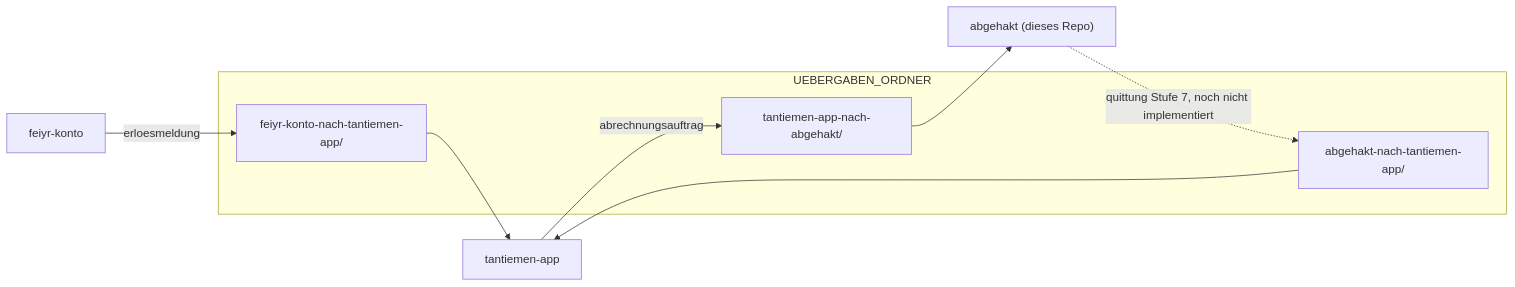
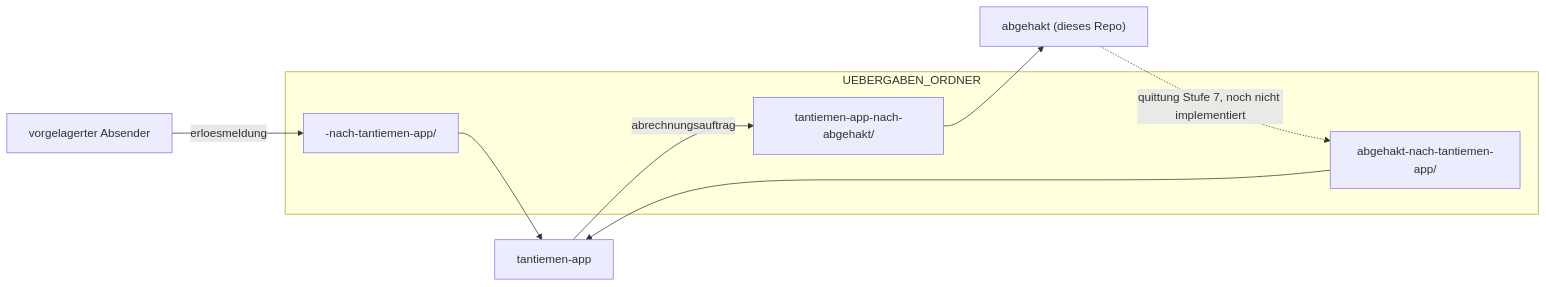
One commit to abgehakt-zugferd/abgehakt-e-rechnung changed the diagram in docs/DEV-DOCU.md. Above: the diagram before and after it, drawn with Mermaid. The commit also changed other lines of this file, not shown here.

````diff
--- a/docs/DEV-DOCU.md
+++ b/docs/DEV-DOCU.md
@@ -812,14 +826,14 @@
 ```mermaid
 flowchart LR
   subgraph ordner["UEBERGABEN_ORDNER"]
-    E["feiyr-konto-nach-tantiemen-app/"]
+    E["<absender>-nach-tantiemen-app/"]
     A["tantiemen-app-nach-abgehakt/"]
     Q["abgehakt-nach-tantiemen-app/"]
   end
-  feiyr["feiyr-konto"] -->|"erloesmeldung"| E
+  vorgelagerter["vorgelagerter Absender"] -->|"erloesmeldung"| E
   E --> tantiemen["tantiemen-app"]
   tantiemen -->|"abrechnungsauftrag"| A
   A --> abgehakt["abgehakt (dieses Repo)"]
   abgehakt -.->|"quittung Stufe 7, noch nicht implementiert"| Q
   Q --> tantiemen
 ```
````
